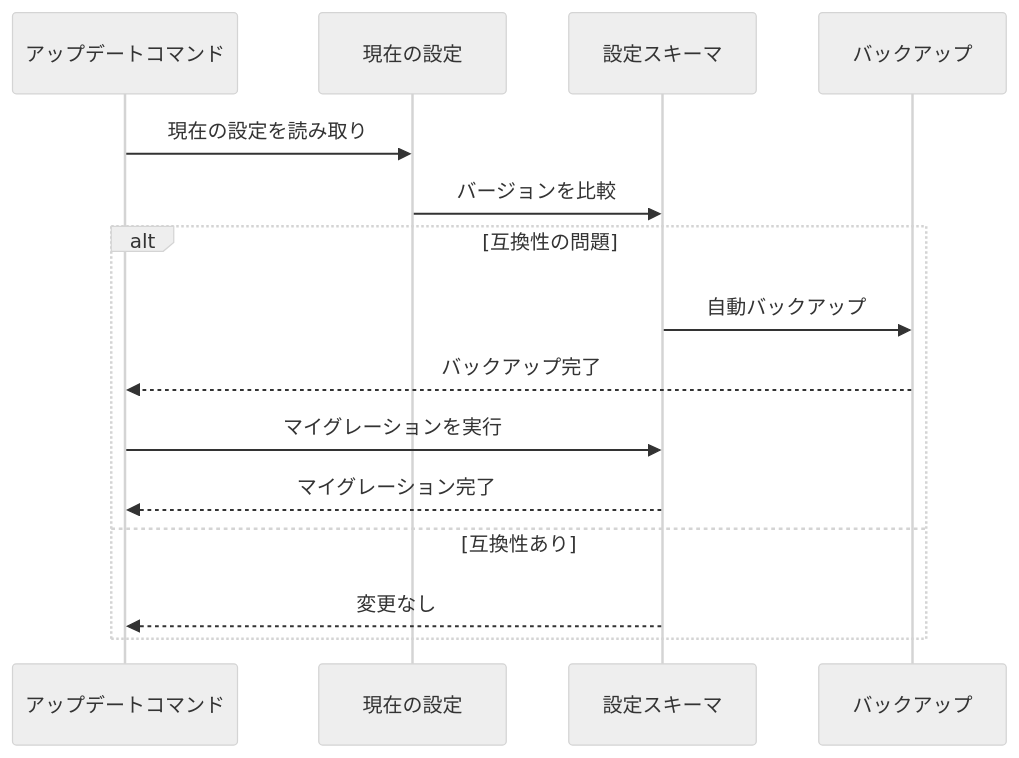
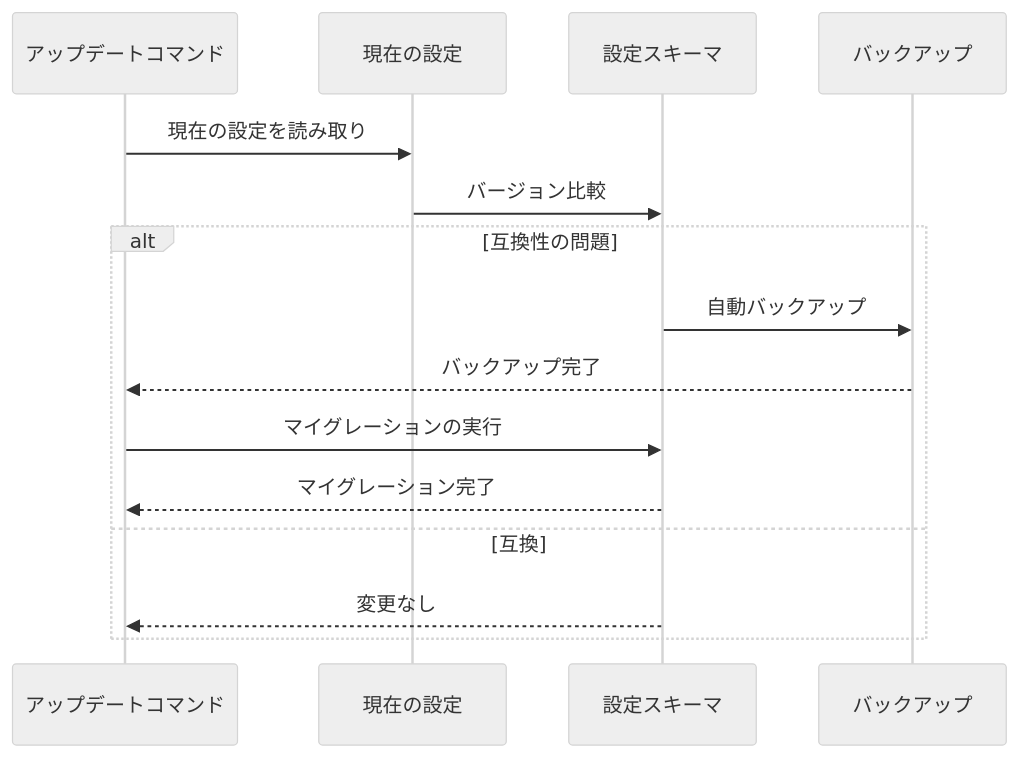
Before and after one commit to modu-ai/moai-adk: the second of 3 diagrams in docs-site/content/ja/getting-started/update.md, drawn with Mermaid (neutral theme). The commit also changed other lines of this file and 395 other files, not shown here.

````diff
--- a/docs-site/content/ja/getting-started/update.md
+++ b/docs-site/content/ja/getting-started/update.md
@@ -118,18 +118,18 @@
 ```mermaid
 sequenceDiagram
     participant Update as アップデートコマンド
     participant Current as 現在の設定
     participant Schema as 設定スキーマ
     participant Backup as バックアップ
 
     Update->>Current: 現在の設定を読み取り
-    Current->>Schema: バージョンを比較
+    Current->>Schema: バージョン比較
     alt 互換性の問題
         Schema->>Backup: 自動バックアップ
         Backup-->>Update: バックアップ完了
-        Update->>Schema: マイグレーションを実行
+        Update->>Schema: マイグレーションの実行
         Schema-->>Update: マイグレーション完了
-    else 互換性あり
+    else 互換
         Schema-->>Update: 変更なし
     end
 ```
````
